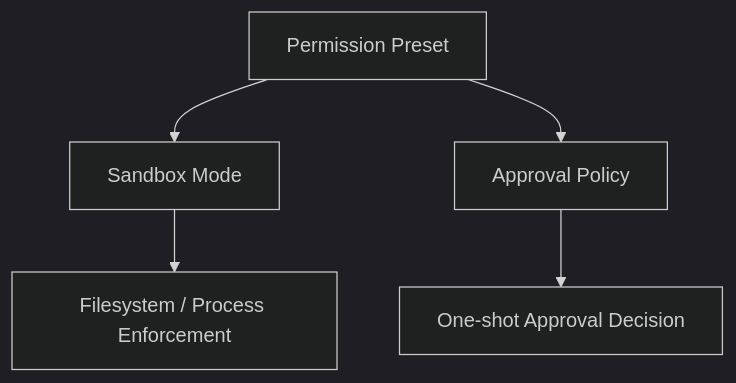
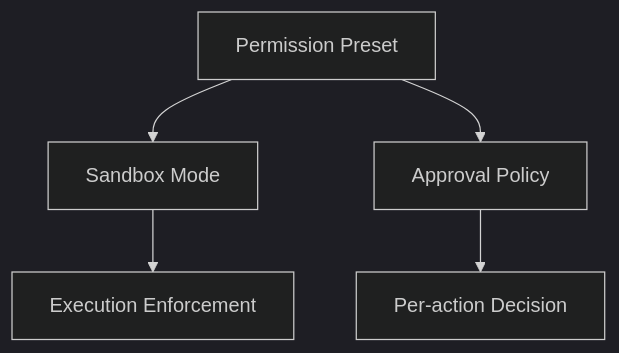
The first of 3 diagrams in docs/deepseek/security-and-approvals.md (indigofeather/harness-book), drawn with Mermaid (dark theme) before and after one commit. The commit also changed other lines of this file and 48 other files, not shown here.

````diff
--- a/docs/deepseek/security-and-approvals.md
+++ b/docs/deepseek/security-and-approvals.md
@@ -25,8 +23,8 @@
 ```mermaid
 flowchart TB
   P[Permission Preset]
   P --> S[Sandbox Mode]
   P --> A[Approval Policy]
-  S --> E[Filesystem / Process Enforcement]
-  A --> D[One-shot Approval Decision]
+  S --> E[Execution Enforcement]
+  A --> D[Per-action Decision]
 ```
````
